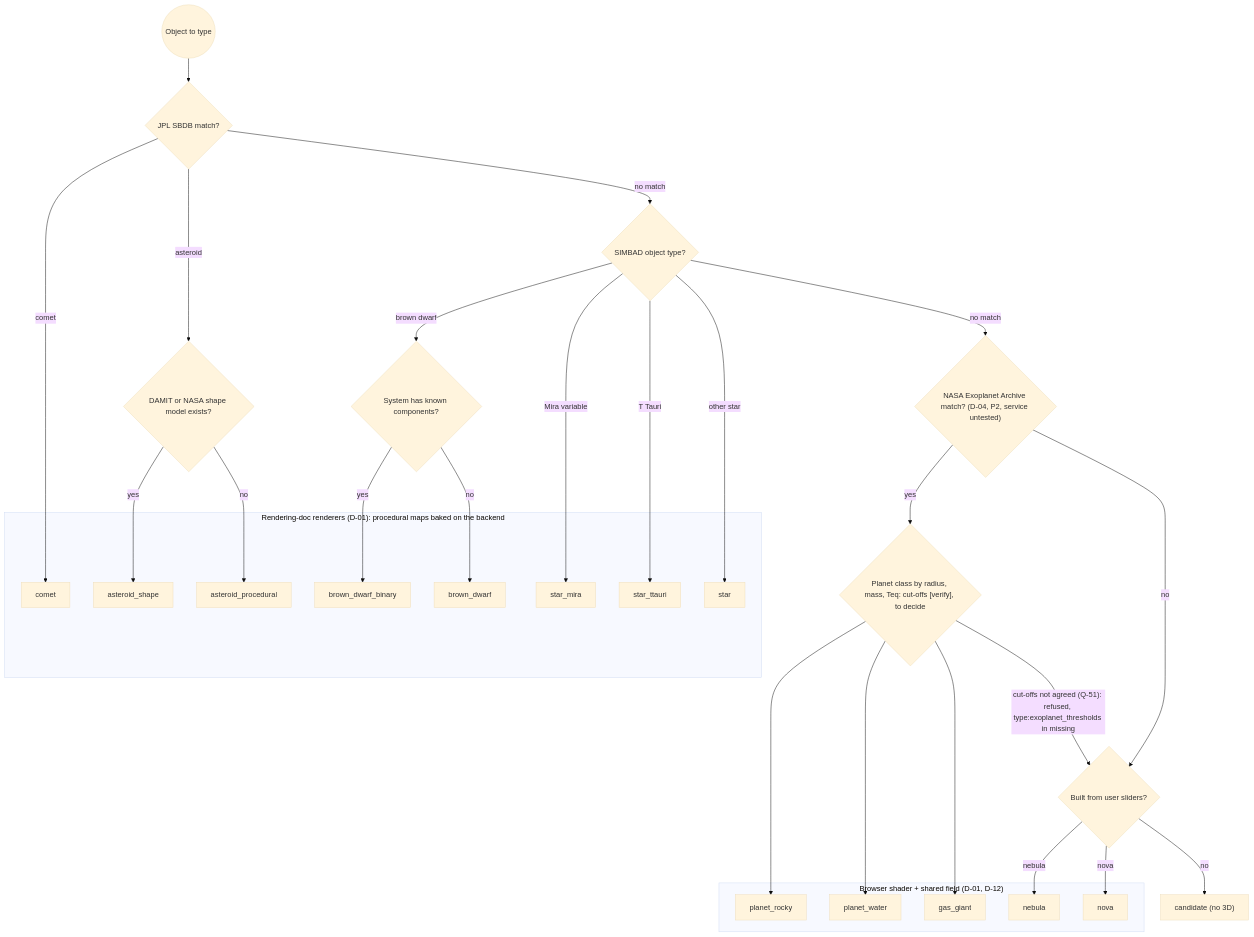
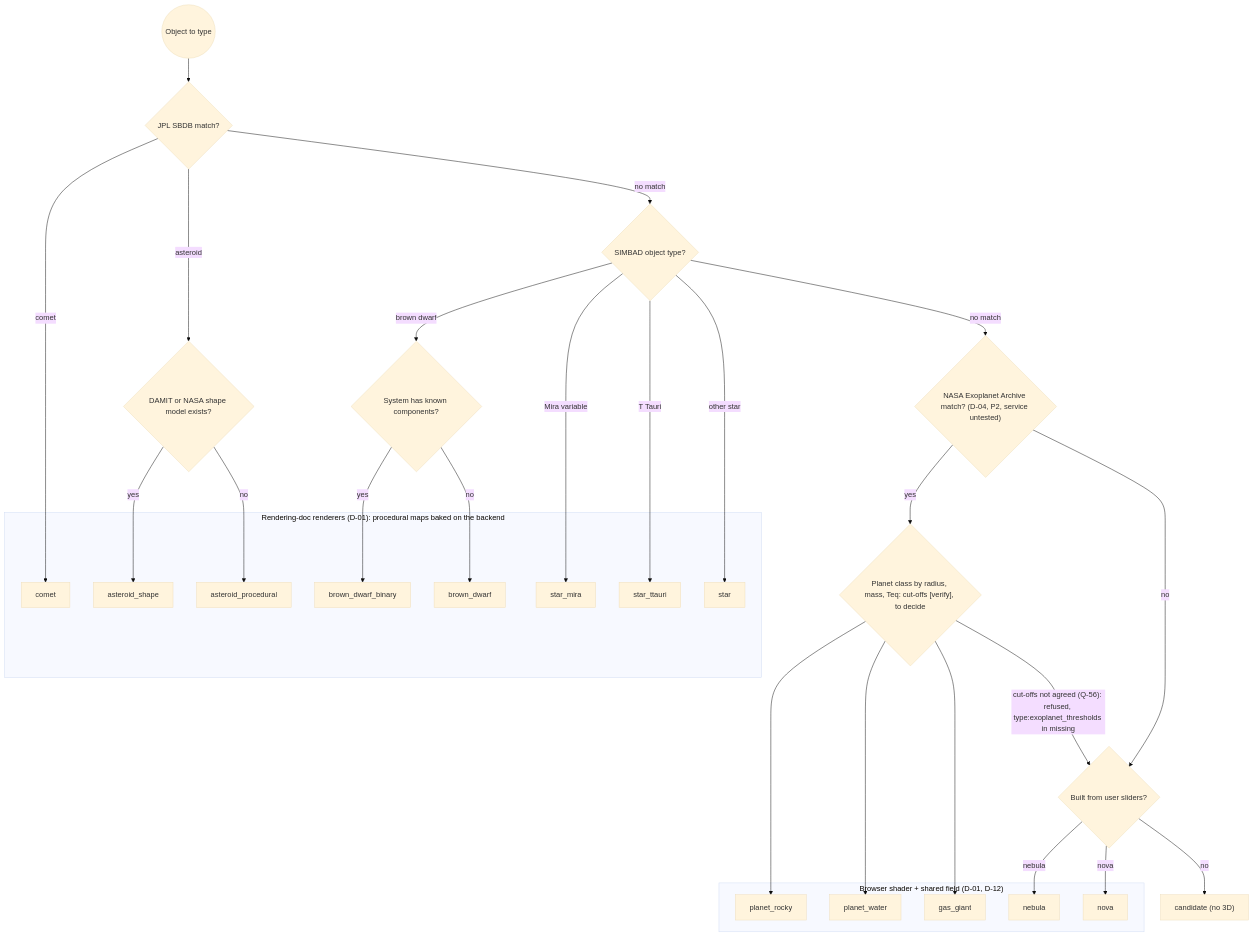
Before and after one commit to 0ffrian/SphereX: the diagram in docs/uml/18-activity-type-selection.md, drawn with Mermaid (base theme). The commit also changed other lines of this file and 17 other files, not shown here.

````diff
--- a/docs/uml/18-activity-type-selection.md
+++ b/docs/uml/18-activity-type-selection.md
@@ -5,45 +5,45 @@
 ```mermaid
 flowchart TD
   Start(("Object to type")) --> SBDBq{"JPL SBDB match?"}
   SBDBq -->|comet| Comet["comet"]
   SBDBq -->|asteroid| Shape{"DAMIT or NASA shape model exists?"}
   Shape -->|yes| AstShape["asteroid_shape"]
   Shape -->|no| AstProc["asteroid_procedural"]
   SBDBq -->|no match| SIMq{"SIMBAD object type?"}
 
   SIMq -->|brown dwarf| BDComp{"System has known components?"}
   BDComp -->|yes| BDBin["brown_dwarf_binary"]
   BDComp -->|no| BD["brown_dwarf"]
   SIMq -->|Mira variable| Mira["star_mira"]
   SIMq -->|T Tauri| TTau["star_ttauri"]
   SIMq -->|other star| Star["star"]
   SIMq -->|no match| Exoq{"NASA Exoplanet Archive match? (D-04, P2, service untested)"}
 
   Exoq -->|yes| PlanetCut{"Planet class by radius, mass, Teq: cut-offs [verify], to decide"}
   PlanetCut --> Rocky["planet_rocky"]
   PlanetCut --> Water["planet_water"]
   PlanetCut --> Giant["gas_giant"]
-  PlanetCut -->|"cut-offs not agreed (Q-51): refused, type:exoplanet_thresholds in missing"| Slider
+  PlanetCut -->|"cut-offs not agreed (Q-56): refused, type:exoplanet_thresholds in missing"| Slider
   Exoq -->|no| Slider{"Built from user sliders?"}
   Slider -->|nebula| Neb["nebula"]
   Slider -->|nova| Nova["nova"]
   Slider -->|no| Cand["candidate (no 3D)"]
 
   subgraph Baked["Rendering-doc renderers (D-01): procedural maps baked on the backend"]
     Comet
     AstShape
     AstProc
     BDBin
     BD
     Mira
     TTau
     Star
   end
   subgraph Shader["Browser shader + shared field (D-01, D-12)"]
     Rocky
     Water
     Giant
     Neb
     Nova
   end
 ```
````
